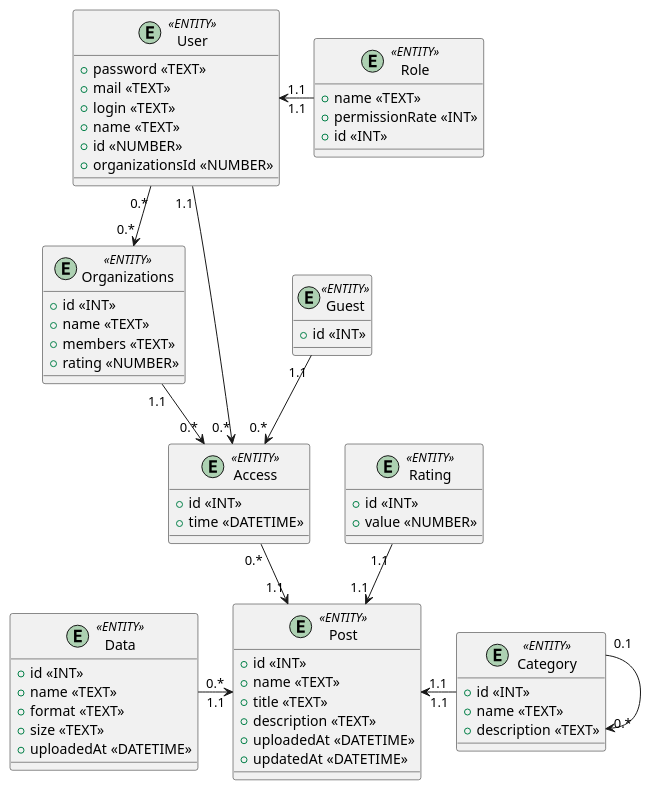
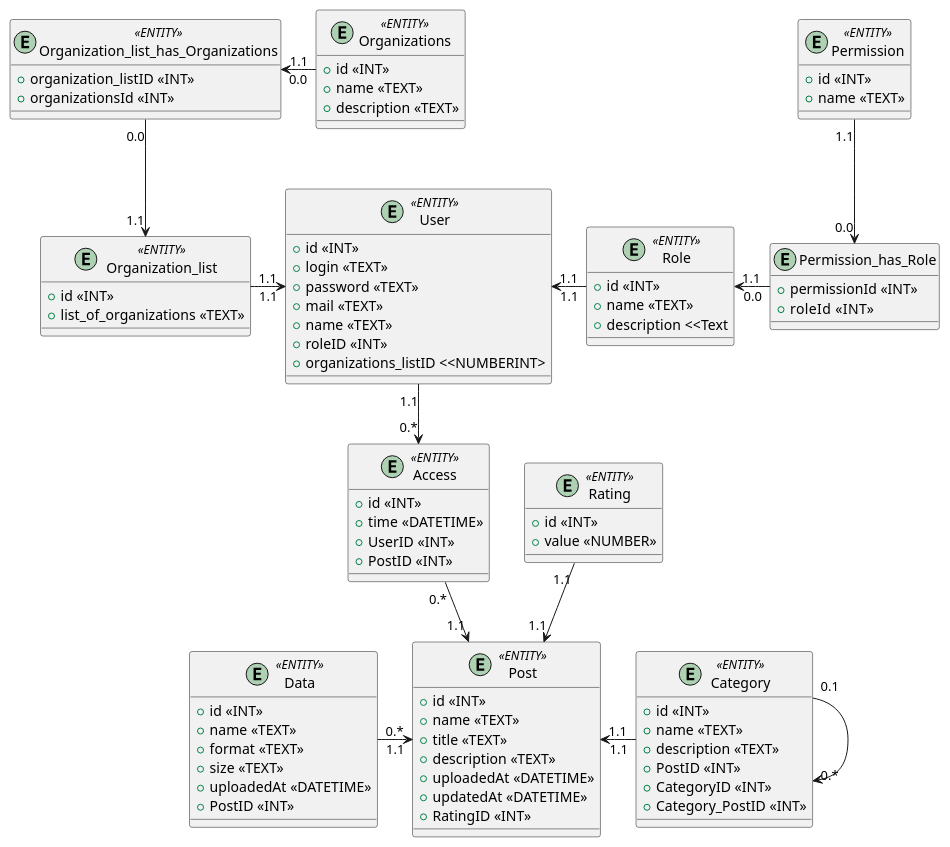
One commit to notnuff/edu_db_labs-IM-21 changed the second of 2 diagrams in docs/design/README.md. Above: the diagram before and after it, drawn with PlantUML. The commit also changed other lines of this file and 1 other file, not shown here.

```diff
--- a/docs/design/README.md
+++ b/docs/design/README.md
@@ -117,35 +128,52 @@
 @startuml
 
 entity "User" <<ENTITY>>  {
+  + id <<INT>>
+  + login <<TEXT>> 
   + password <<TEXT>> 
   + mail <<TEXT>> 
-  + login <<TEXT>> 
-  + name <<TEXT>> 
-  + id <<NUMBER>> 
-  + organizationsId <<NUMBER>> 
+  + name <<TEXT>>  
+  + roleID <<INT>>
+  + organizations_listID <<NUMBERINT> 
 }
 
 entity "Role" <<ENTITY>>  {
-  + name <<TEXT>> 
-  + permissionRate <<INT>> 
   + id <<INT>> 
+  + name <<TEXT>>
+  + description <<Text 
 }
 
-entity "Guest" <<ENTITY>>  {
-  + id <<INT>> 
+entity "Permission_has_Role" {
+  + permissionId <<INT>>
+  + roleId  <<INT>>
 }
 
+entity "Permission" <<ENTITY>> {
+  + id <<INT>>
+  + name <<TEXT>>
+}
+
+entity Organization_list <<ENTITY>> {
+  + id <<INT>>
+  + list_of_organizations <<TEXT>>
+}
+
+entity "Organization_list_has_Organizations" <<ENTITY>> {
+  + organization_listID <<INT>>
+  + organizationsId <<INT>>
+}
 
 entity "Organizations" <<ENTITY>>  {
   + id <<INT>> 
   + name <<TEXT>> 
-  + members <<TEXT>> 
-  + rating <<NUMBER>> 
+  + description <<TEXT>> 
 }
 
 entity "Access" <<ENTITY>>  {
   + id <<INT>> 
   + time <<DATETIME>> 
+  + UserID <<INT>>
+  + PostID <<INT>>
 }
 entity "Post" <<ENTITY>>  {
   + id <<INT>> 
@@ -154,13 +182,16 @@
   + description <<TEXT>> 
   + uploadedAt <<DATETIME>> 
   + updatedAt <<DATETIME>> 
+  + RatingID <<INT>>
 }
+
 entity "Data" <<ENTITY>>  {
   + id <<INT>> 
   + name <<TEXT>> 
   + format <<TEXT>> 
   + size <<TEXT>> 
   + uploadedAt <<DATETIME>> 
+  + PostID <<INT>>
 }
 
 
@@ -168,6 +199,9 @@
   + id <<INT>> 
   + name <<TEXT>> 
   + description <<TEXT>> 
+  + PostID <<INT>>
+  + CategoryID <<INT>>
+  + Category_PostID <<INT>>
 }
 
 entity "Rating" <<ENTITY>>  {
@@ -176,10 +210,12 @@
 }
 
 Role "1.1"-l->"1.1" User
-User "0.*"-->"0.*" Organizations
+Permission_has_Role "0.0"-l->"1.1" Role
+Permission "1.1"-d->"0.0" Permission_has_Role
+Organizations "1.1"-r->"0.0" Organization_list_has_Organizations
+Organization_list_has_Organizations "0.0"-d->"1.1" Organization_list
+Organization_list "1.1"-r->"1.1" User
 User "1.1"-d->"0.*" Access
-Organizations "1.1"-d->"0.*" Access
-Guest "1.1"-d->"0.*" Access
 Access "0.*"-d->"1.1" Post
 Category "1.1"-l->"1.1" Post
 Category "0.1"-r->"0.*" Category
```
